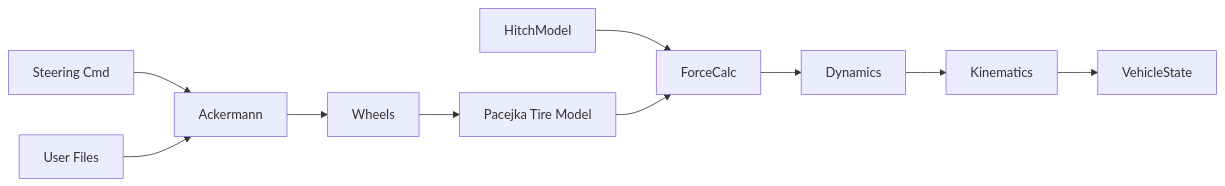
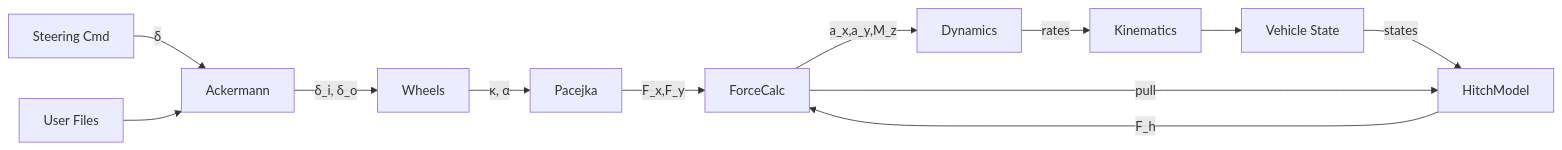
One commit to MelkorBalrog/VDSS---Vehicle-Dynamics-Safety-Simulator changed diagram 12 of 27 in README.md. Above: the diagram before and after it, drawn with Mermaid. The commit also changed other lines of this file, not shown here.

````diff
--- a/README.md
+++ b/README.md
@@ -379,13 +402,15 @@
 ```mermaid
 flowchart LR
   ConfigFiles["User Files"]
-  steerCmd[Steering Cmd] --> Ackermann
+  steerCmd[Steering Cmd] -->|"δ"| Ackermann
   ConfigFiles --> Ackermann
-  Ackermann --> Wheels
-  Wheels --> TireModel[Pacejka Tire Model]
-  HitchModel --> ForceCalc
-  TireModel --> ForceCalc
-  ForceCalc --> Dynamics
-  Dynamics --> Kinematics
+  Ackermann -->|"δ_i, δ_o"| Wheels
+  Wheels -->|"κ, α"| TireModel[Pacejka]
+  VehicleState[Vehicle State] -->|"states"| HitchModel
+  ForceCalc -->|"pull"| HitchModel
+  HitchModel -->|"F_h"| ForceCalc
+  TireModel -->|"F_x,F_y"| ForceCalc
+  ForceCalc -->|"a_x,a_y,M_z"| Dynamics
+  Dynamics -->|"rates"| Kinematics
   Kinematics --> VehicleState
 ```
````
